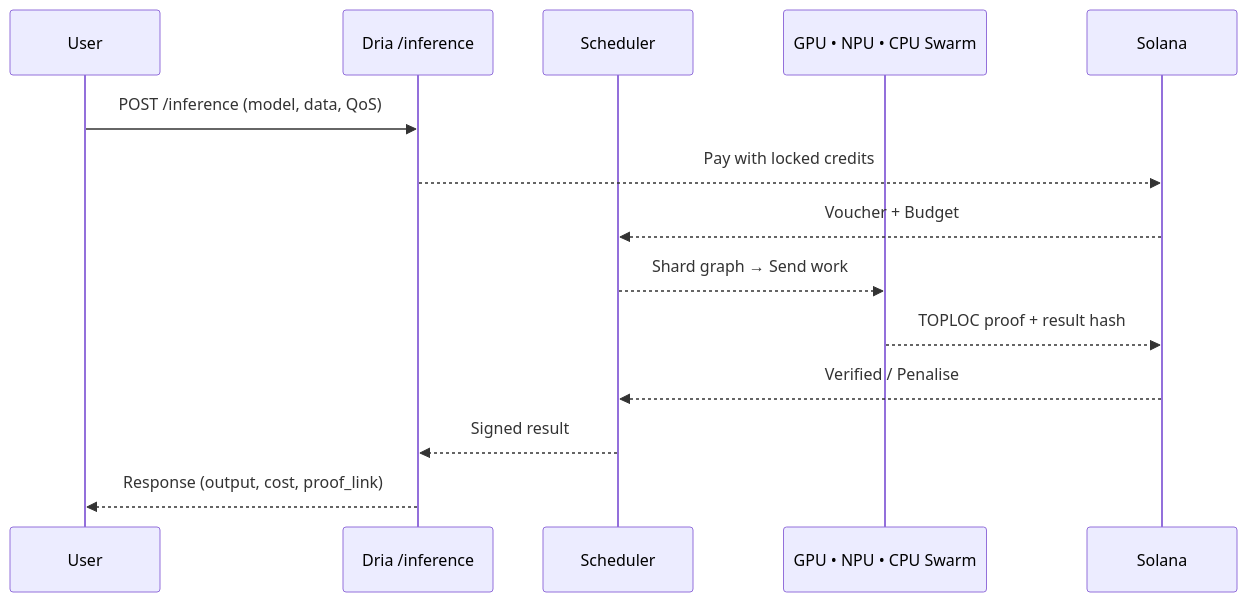
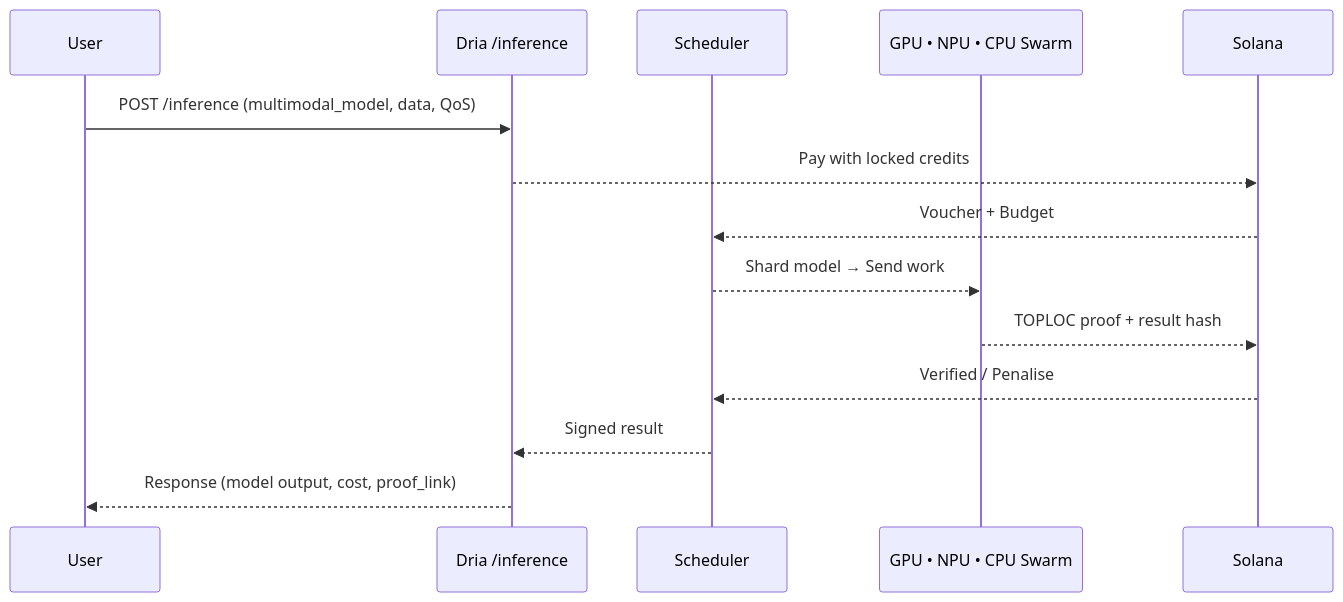
Before and after one commit to aktasbatuhan/docs: the diagram in docs/user-experience.mdx, drawn with Mermaid. The commit also changed other lines of this file and 17 other files, not shown here.

````diff
--- a/docs/user-experience.mdx
+++ b/docs/user-experience.mdx
@@ -23,17 +23,17 @@
 ```mermaid
 sequenceDiagram
     participant User
     participant API as Dria /inference
     participant Scheduler
     participant Workers as GPU • NPU • CPU Swarm
     participant Solana
     
-    User->>API: POST /inference (model, data, QoS)
+    User->>API: POST /inference (multimodal_model, data, QoS)
     API-->>Solana: Pay with locked credits
     Solana-->>Scheduler: Voucher + Budget
-    Scheduler-->>Workers: Shard graph → Send work
+    Scheduler-->>Workers: Shard model → Send work
     Workers-->>Solana: TOPLOC proof + result hash
     Solana-->>Scheduler: Verified / Penalise
     Scheduler-->>API: Signed result
-    API-->>User: Response (output, cost, proof_link)
+    API-->>User: Response (model output, cost, proof_link)
 ```
````
